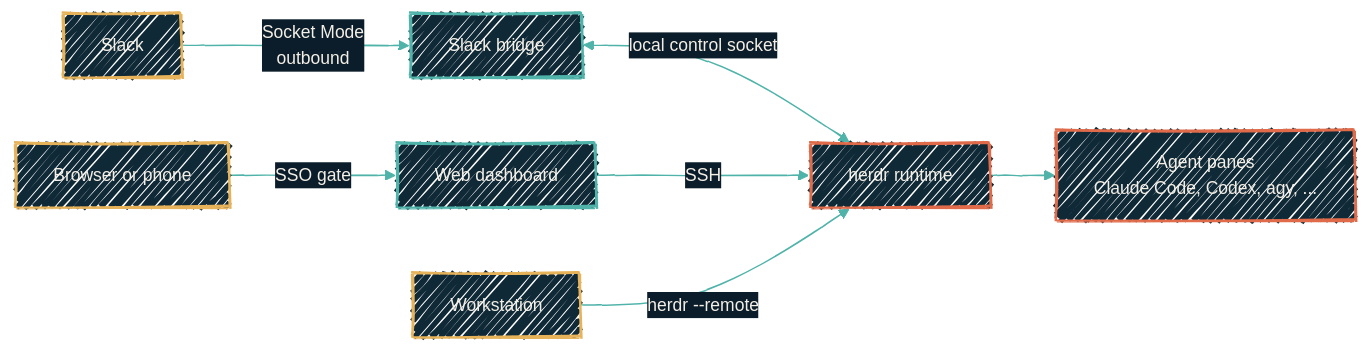
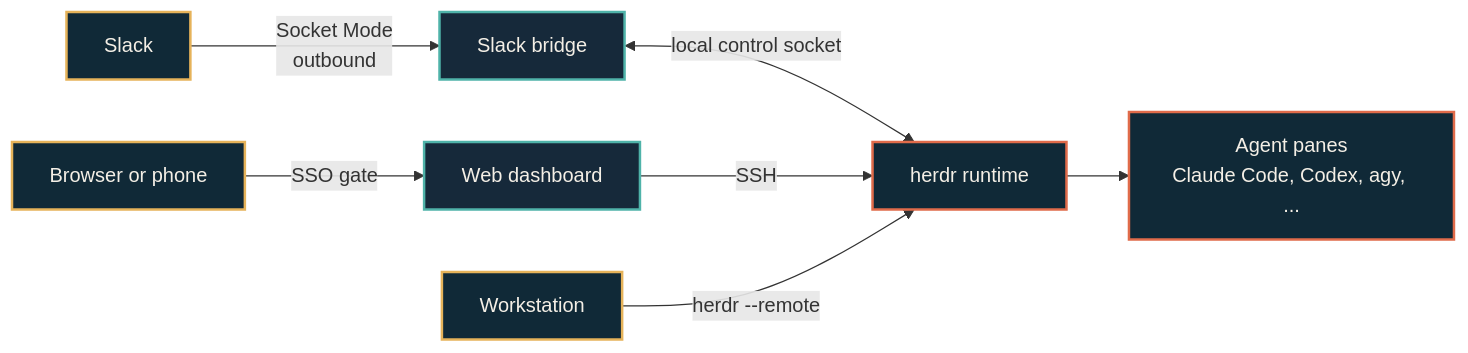
Before and after one commit to dryvist/docs: the diagram in autonomous-agents/herdr.mdx, drawn with Mermaid. The commit also changed 116 other files, not shown here.

````diff
--- a/autonomous-agents/herdr.mdx
+++ b/autonomous-agents/herdr.mdx
@@ -24,19 +24,25 @@
 ```mermaid
-%%{init:
-  {'theme':'base','look':'handDrawn','themeVariables':{'fontFamily':'Geist','fontSize':'14px','primaryColor':'#102937','primaryTextColor':'#F4EFE6','primaryBorderColor':'#4FB3A9','lineColor':'#4FB3A9','secondaryColor':'#0B1D2A','tertiaryColor':'#1A2A38','clusterBkg':'rgba(79,179,169,0.08)','clusterBorder':'#4FB3A9'}}}%%
-  flowchart LR
+%%{init: {"theme":"base","look":"handDrawn","themeVariables":{"primaryColor":"#123a36","primaryTextColor":"#f4efe6","primaryBorderColor":"#4fb3a9","lineColor":"#4fb3a9","secondaryColor":"#0b1d2a","tertiaryColor":"#16293a","clusterBkg":"#08151f","clusterBorder":"#4fb3a9","fontFamily":"'Geist Sans', system-ui, -apple-system, BlinkMacSystemFont, 'Segoe UI', Roboto, sans-serif","fontSize":"14px"}}}%%
+flowchart LR
+  classDef src fill:#16293a,stroke:#e06b4a,stroke-width:2px,color:#f4efe6;
+  classDef ai fill:#16293a,stroke:#e06b4a,stroke-width:2px,color:#f4efe6;
+  classDef gate fill:#16293a,stroke:#e06b4a,stroke-width:2.5px,color:#f4efe6;
+  classDef hop fill:#16293a,stroke:#4fb3a9,stroke-width:2px,color:#f4efe6;
+  classDef host fill:#16293a,stroke:#4fb3a9,stroke-width:2px,color:#f4efe6;
+  classDef sink fill:#16293a,stroke:#f4efe6,stroke-width:2px,color:#f4efe6;
+  classDef auto fill:#16293a,stroke:#f4efe6,stroke-width:1.5px,color:#f4efe6;
+  classDef external fill:#16293a,stroke:#e6b35a,stroke-width:2px,color:#f4efe6;
   Slack[Slack] -->|Socket Mode<br>outbound| Bridge[Slack bridge]
   Browser[Browser or phone] -->|SSO gate| Dash[Web dashboard]
   Bridge <-->|local control socket| Runtime[herdr runtime]
   Dash -->|SSH| Runtime
   Runtime --> Panes[Agent panes<br>Claude Code, Codex, agy, ...]
   Laptop[Workstation] -->|herdr --remote| Runtime
 
   classDef ext  fill:#102937,stroke:#E6B35A,stroke-width:2px,color:#F4EFE6;
-  classDef hop  fill:#102937,stroke:#4FB3A9,stroke-width:2px,color:#F4EFE6;
   classDef core fill:#102937,stroke:#E06B4A,stroke-width:2px,color:#F4EFE6;
 
   class Slack,Browser,Laptop ext;
   class Bridge,Dash hop;
   class Runtime,Panes core;
 ```
````
